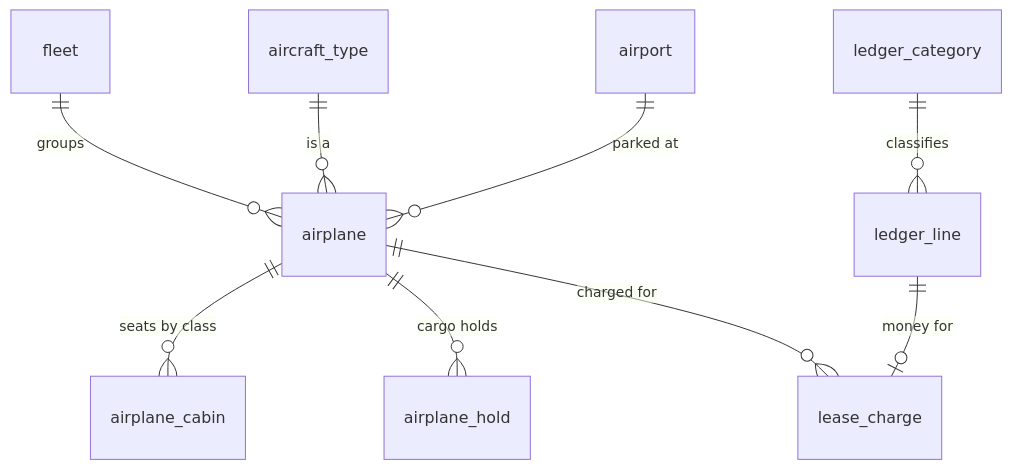
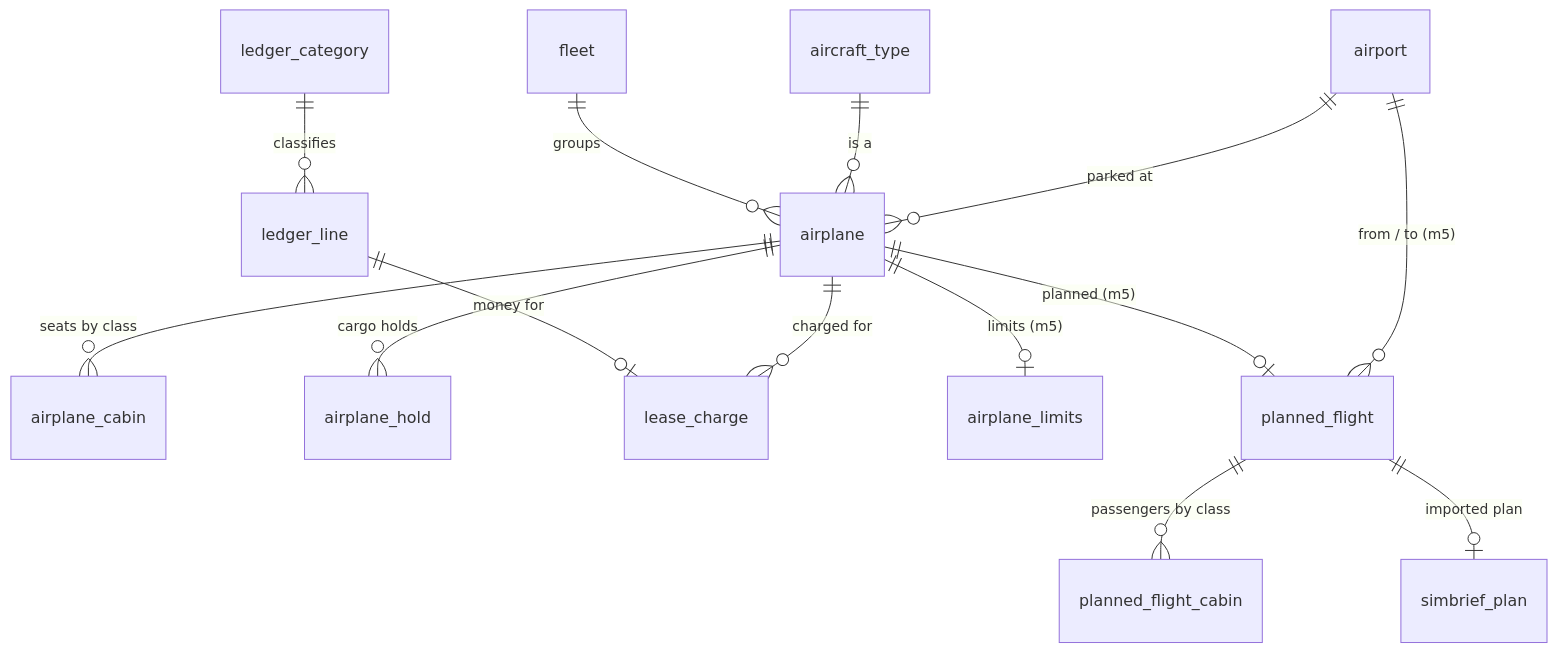
The diagram in docs/database.md (davesloan/blocktime), drawn with Mermaid before and after one commit. The commit also changed other lines of this file and 10 other files, not shown here.

First line of the commit message:
Milestone 5 plan: New Flight, preview, SimBrief and SayIntentions

````diff
--- a/docs/database.md
+++ b/docs/database.md
@@ -42,11 +43,16 @@
 ```mermaid
 erDiagram
     fleet ||--o{ airplane : groups
     aircraft_type ||--o{ airplane : "is a"
     airport ||--o{ airplane : "parked at"
     airplane ||--o{ airplane_cabin : "seats by class"
     airplane ||--o{ airplane_hold : "cargo holds"
     ledger_category ||--o{ ledger_line : classifies
     ledger_line ||--o| lease_charge : "money for"
     airplane ||--o{ lease_charge : "charged for"
+    airplane ||--o| airplane_limits : "limits (m5)"
+    airplane ||--o| planned_flight : "planned (m5)"
+    airport ||--o{ planned_flight : "from / to (m5)"
+    planned_flight ||--o{ planned_flight_cabin : "passengers by class"
+    planned_flight ||--o| simbrief_plan : "imported plan"
 ```
````
